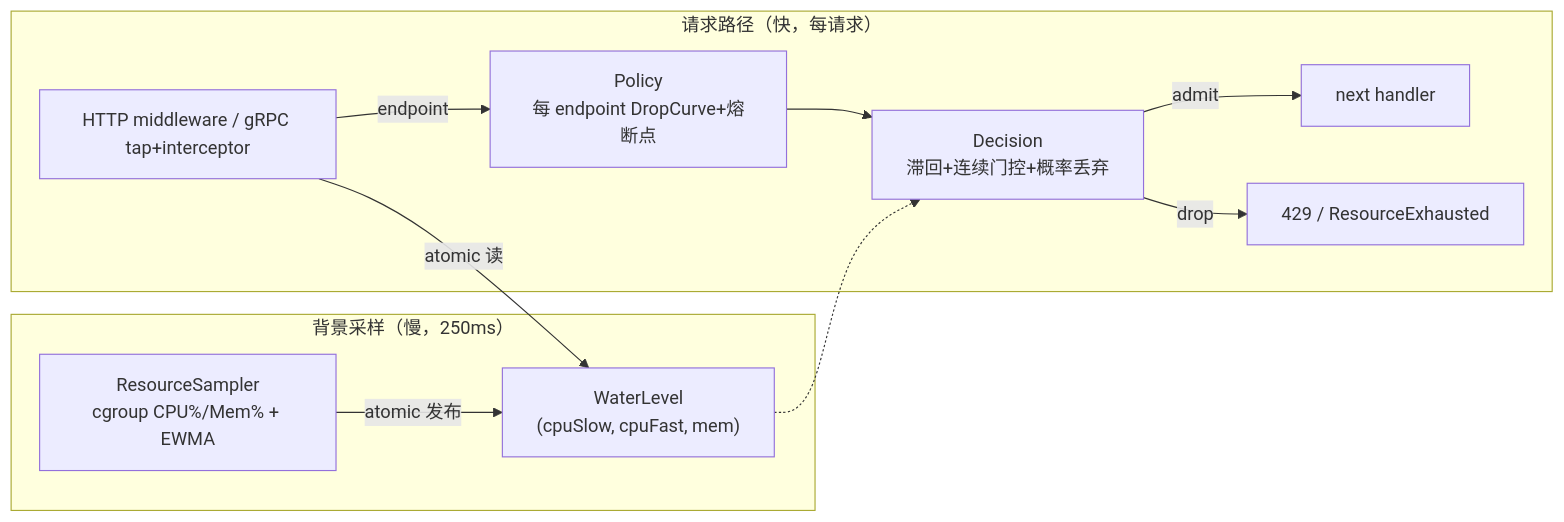
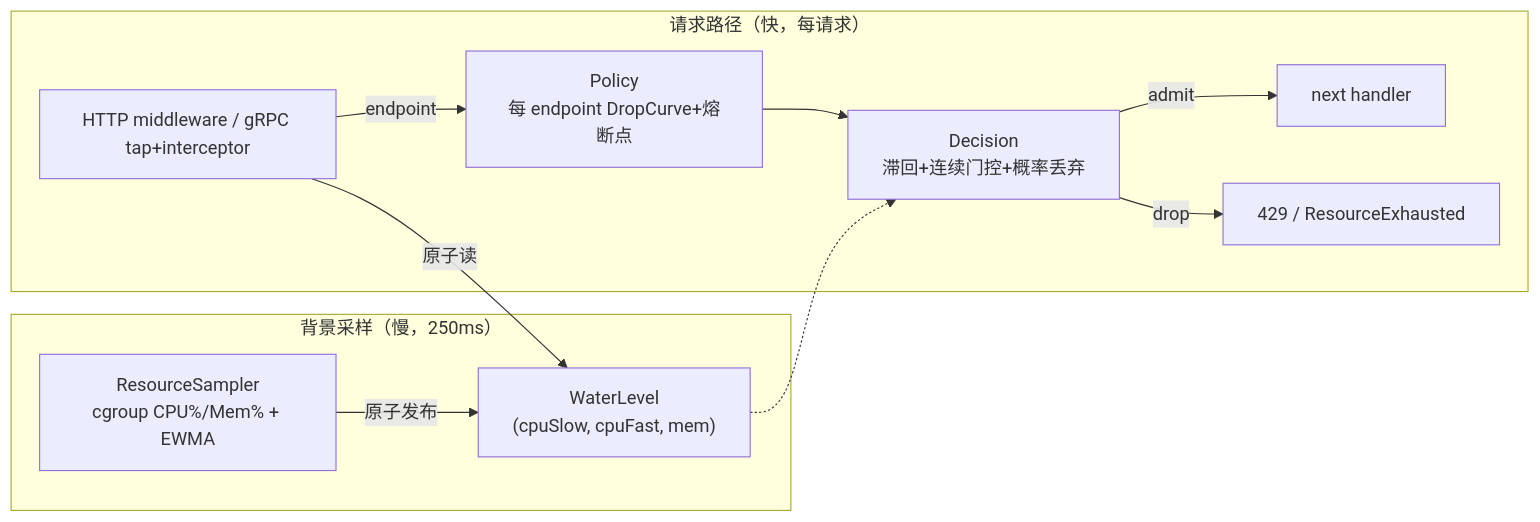
One commit to ZhuoZhuoCrayon/ai-workspace changed the seventh of 9 diagrams in knowledge/bkmonitor-datalink/issues/2026-06-10-collector-adaptive-throttling/PREPLAN.md. Above: the diagram before and after it, drawn with Mermaid. The commit also changed other lines of this file, not shown here.

````diff
--- a/knowledge/bkmonitor-datalink/issues/2026-06-10-collector-adaptive-throttling/PREPLAN.md
+++ b/knowledge/bkmonitor-datalink/issues/2026-06-10-collector-adaptive-throttling/PREPLAN.md
@@ -207,14 +446,14 @@
 ```mermaid
 flowchart LR
     subgraph BG["背景采样（慢，250ms）"]
-        S["ResourceSampler<br/>cgroup CPU%/Mem% + EWMA"] -->|atomic 发布| W["WaterLevel<br/>(cpuSlow, cpuFast, mem)"]
+        S["ResourceSampler<br/>cgroup CPU%/Mem% + EWMA"] -->|原子发布| W["WaterLevel<br/>(cpuSlow, cpuFast, mem)"]
     end
     subgraph REQ["请求路径（快，每请求）"]
         H["HTTP middleware / gRPC tap+interceptor"] -->|endpoint| P["Policy<br/>每 endpoint DropCurve+熔断点"]
-        H -->|atomic 读| W
+        H -->|原子读| W
         P --> D["Decision<br/>滞回+连续门控+概率丢弃"]
         D -->|admit| NXT["next handler"]
         D -->|drop| R429["429 / ResourceExhausted"]
     end
     W -.-> D
 ```
````
